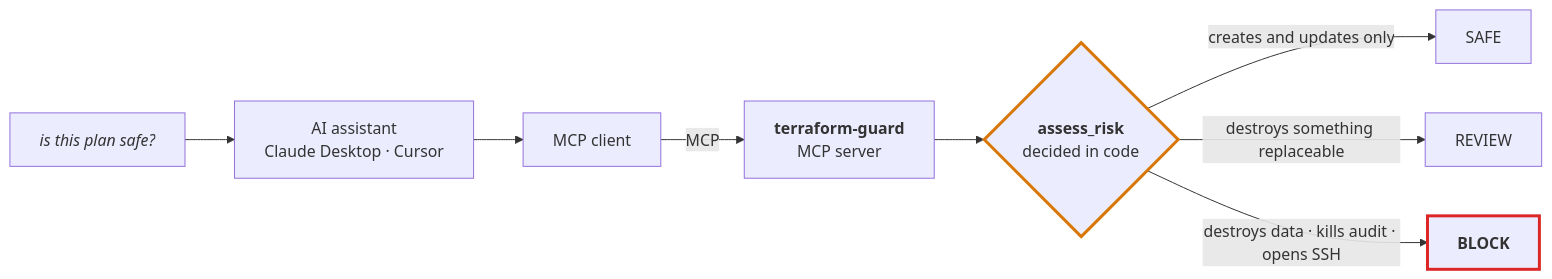
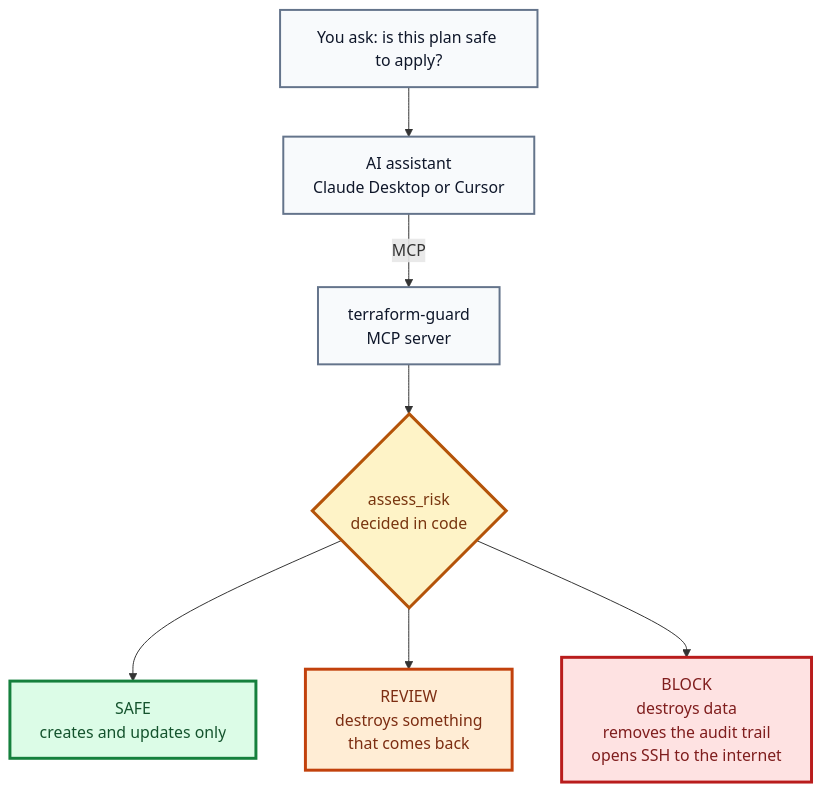
Before and after one commit to sadvi11/terraform-guard-mcp: the diagram in README.md, drawn with Mermaid.

Commit message:
readme: redraw the verdict diagram so all three outcomes are visible
The diagram's whole point is the three-way verdict, but only BLOCK was
coloured - SAFE and REVIEW rendered as plain nodes, so the distinction
the tool exists to make was the one thing the picture did not show.

Top-down instead of left-to-right (four-node chain plus three branches
sprawled sideways), and every node now sets both its fill and its text
colour. GitHub picks the Mermaid theme from the reader's settings, so a
node that sets a fill but inherits its text colour is readable in only
one of the two themes.

````diff
--- a/README.md
+++ b/README.md
@@ -32,21 +32,29 @@
 ```mermaid
-flowchart LR
-    U["<i>is this plan safe?</i>"]
-    A["AI assistant<br/>Claude Desktop · Cursor"]
-    C["MCP client"]
-    S["<b>terraform-guard</b><br/>MCP server"]
-    P{"<b>assess_risk</b><br/>decided in code"}
-    SAFE["SAFE"]
-    REV["REVIEW"]
-    BLK["<b>BLOCK</b>"]
+flowchart TD
+    U["You ask: is this plan safe to apply?"]
+    A["AI assistant<br/>Claude Desktop or Cursor"]
+    S["terraform-guard<br/>MCP server"]
+    P{"assess_risk<br/>decided in code"}
 
-    U --> A --> C -->|"MCP"| S --> P
-    P -->|"creates and updates only"| SAFE
-    P -->|"destroys something replaceable"| REV
-    P -->|"destroys data · kills audit · opens SSH"| BLK
+    SAFE["SAFE<br/>creates and updates only"]
+    REV["REVIEW<br/>destroys something<br/>that comes back"]
+    BLK["BLOCK<br/>destroys data<br/>removes the audit trail<br/>opens SSH to the internet"]
 
-    classDef guard stroke:#d97706,stroke-width:3px
-    classDef block stroke:#dc2626,stroke-width:3px
+    U --> A
+    A -->|"MCP"| S
+    S --> P
+    P --> SAFE
+    P --> REV
+    P --> BLK
+
+    classDef default fill:#f8fafc,stroke:#64748b,stroke-width:2px,color:#0f172a
+    classDef guard fill:#fef3c7,stroke:#b45309,stroke-width:3px,color:#78350f
+    classDef ok fill:#dcfce7,stroke:#15803d,stroke-width:3px,color:#14532d
+    classDef warn fill:#ffedd5,stroke:#c2410c,stroke-width:3px,color:#7c2d12
+    classDef stop fill:#fee2e2,stroke:#b91c1c,stroke-width:3px,color:#7f1d1d
+
     class P guard
-    class BLK block
+    class SAFE ok
+    class REV warn
+    class BLK stop
 ```
````
